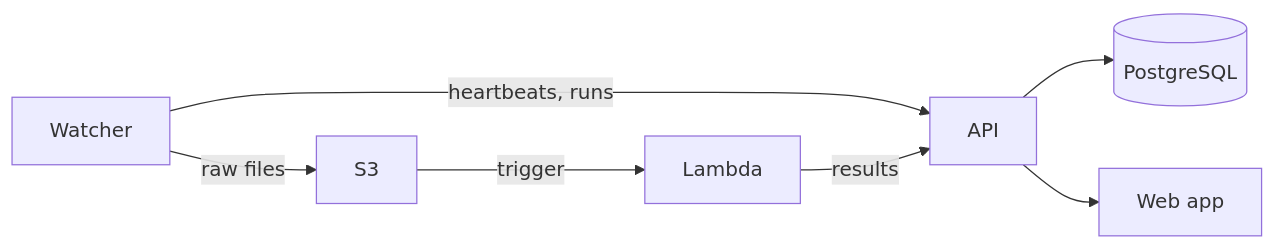
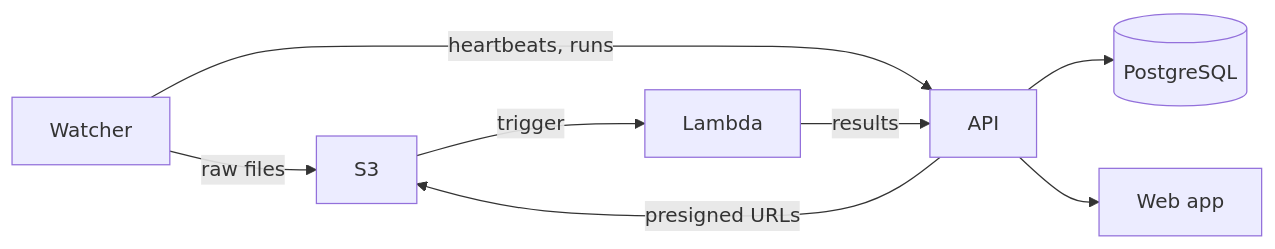
The diagram in docs/architecture.md (Arcadia-Science/data-hub), drawn with Mermaid before and after one commit. The commit also changed other lines of this file and 10 other files, not shown here.

First line of the commit message:
Use Vercel OIDC federation for S3 presigned URLs (#18)

````diff
--- a/docs/architecture.md
+++ b/docs/architecture.md
@@ -7,9 +7,10 @@
 ```mermaid
 flowchart LR
     W[Watcher] -->|raw files| S3[S3]
     S3 -->|trigger| L[Lambda]
     W -->|heartbeats, runs| API[API]
     L -->|results| API
+    API -->|presigned URLs| S3
     API --> DB[(PostgreSQL)]
     API --> UI[Web app]
 ```
````
